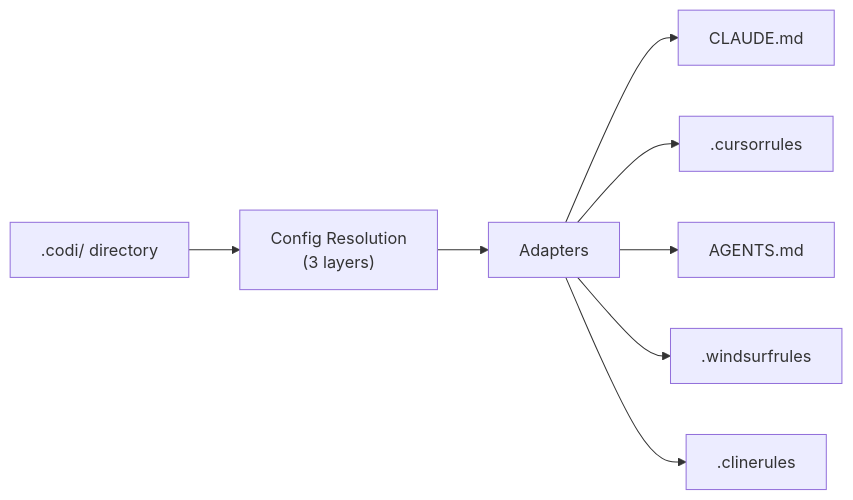
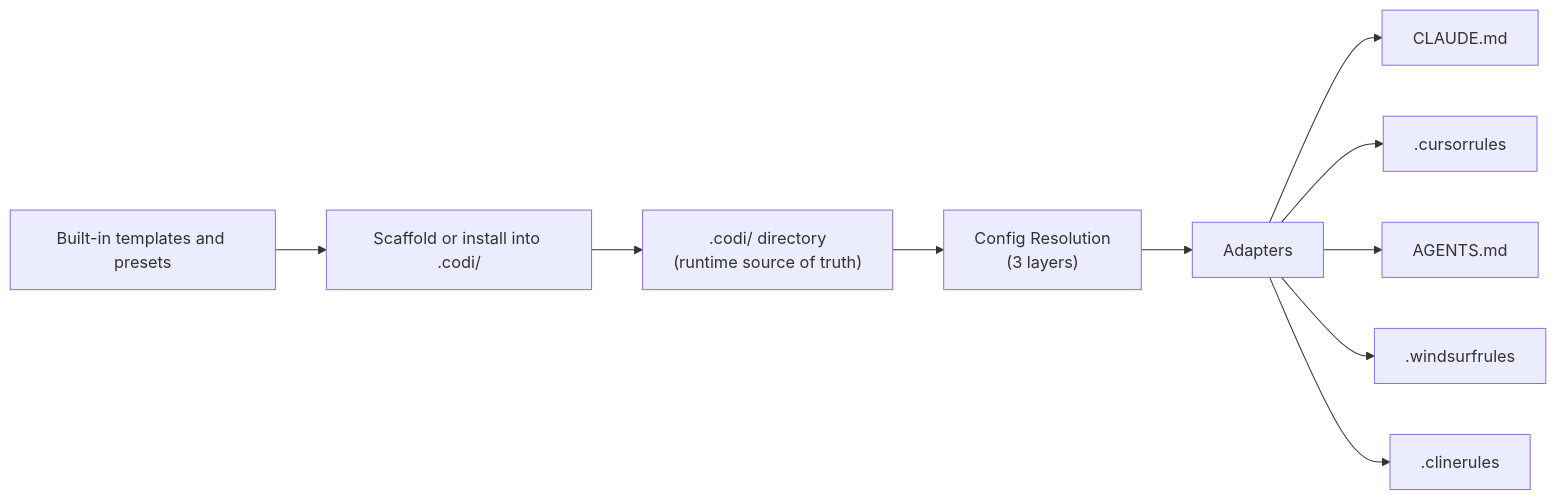
One commit to lehidalgo/codi changed the diagram in README.md. Above: the diagram before and after it, drawn with Mermaid. The commit also changed other lines of this file and 130 other files, not shown here.

````diff
--- a/README.md
+++ b/README.md
@@ -73,10 +73,12 @@
 ```mermaid
 flowchart LR
-    A[".codi/ directory"] --> B["Config Resolution\n(3 layers)"]
-    B --> C["Adapters"]
-    C --> D["CLAUDE.md"]
-    C --> E[".cursorrules"]
-    C --> F["AGENTS.md"]
-    C --> G[".windsurfrules"]
-    C --> H[".clinerules"]
+    A["Built-in templates and presets"] --> B["Scaffold or install into .codi/"]
+    B --> C[".codi/ directory\n(runtime source of truth)"]
+    C --> D["Config Resolution\n(3 layers)"]
+    D --> E["Adapters"]
+    E --> F["CLAUDE.md"]
+    E --> G[".cursorrules"]
+    E --> H["AGENTS.md"]
+    E --> I[".windsurfrules"]
+    E --> J[".clinerules"]
 ```
````
